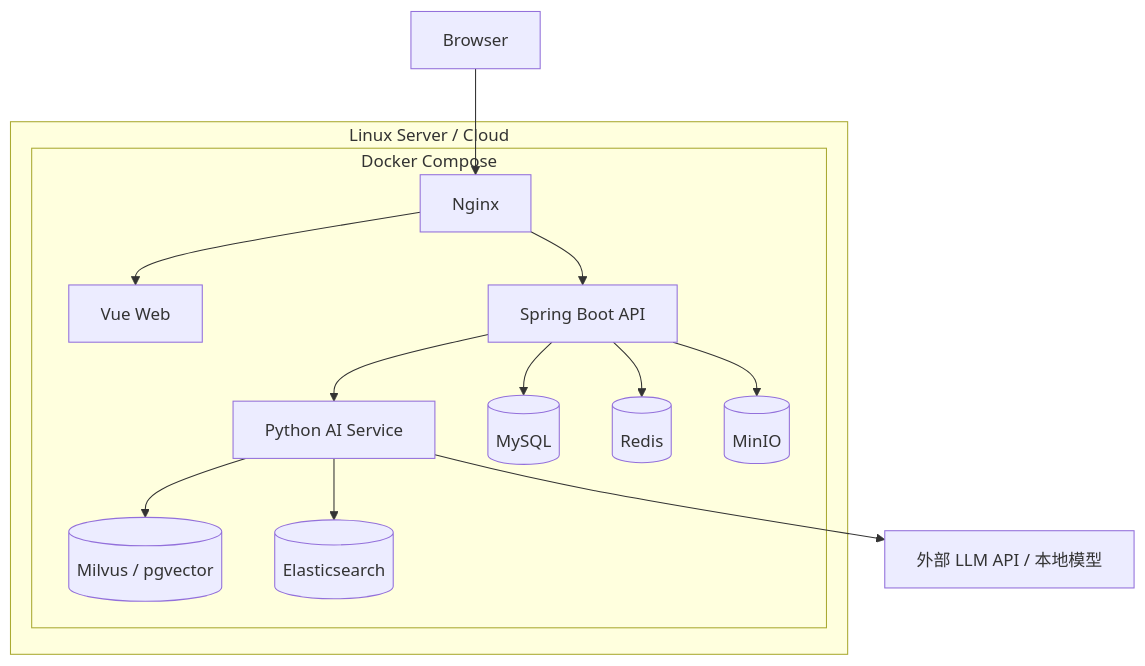
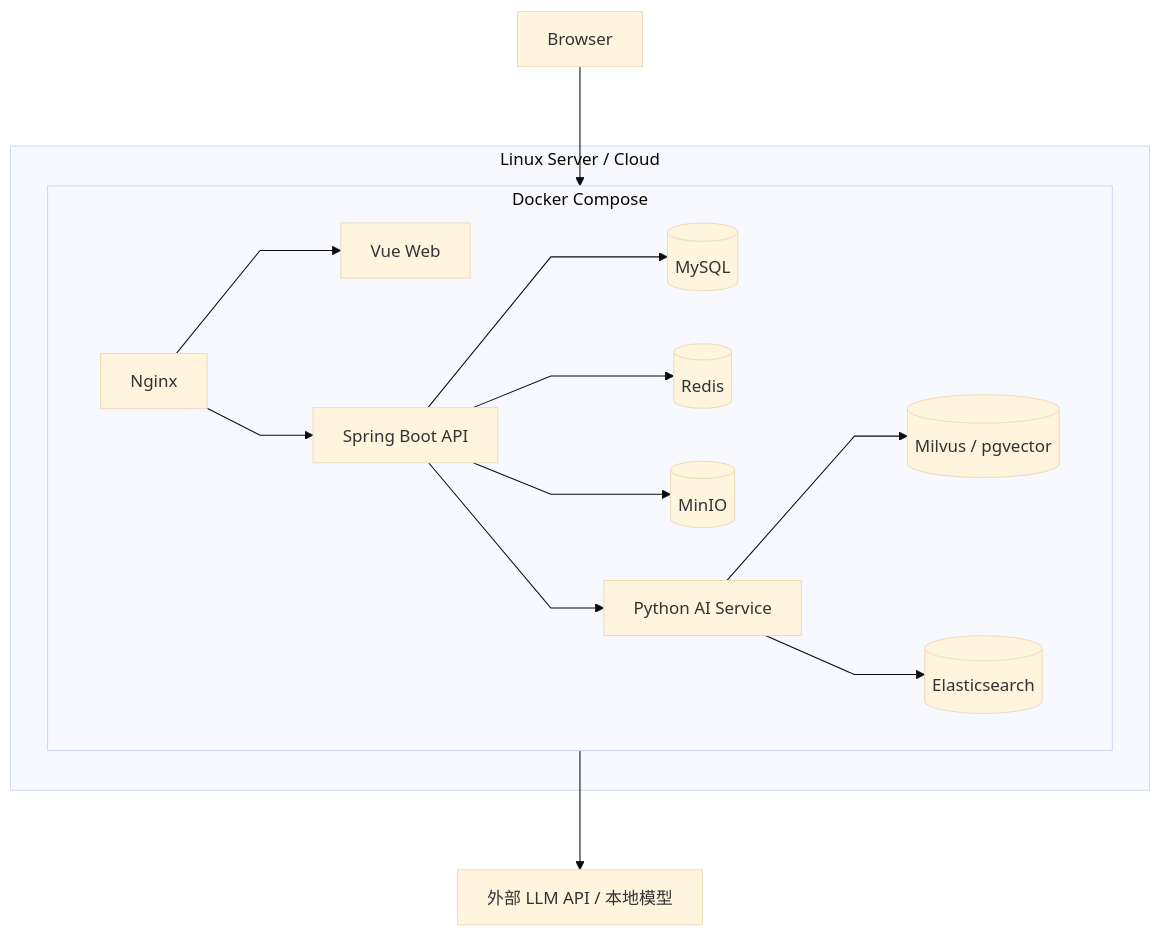
Diagram 17 of 22 in readme.md (YJsnz/Agent), drawn with Mermaid before and after one commit. The commit also changed other lines of this file, not shown here.

````diff
--- a/readme.md
+++ b/readme.md
@@ -1445,31 +1482,33 @@
 ```mermaid
+%%{init: {"theme":"base","themeVariables":{"fontFamily":"Microsoft YaHei, Arial, sans-serif"},"flowchart":{"curve":"linear","nodeSpacing":50,"rankSpacing":75,"padding":14,"useMaxWidth":false}}}%%
 flowchart TB
     B["Browser"]
 
     subgraph SERVER["Linux Server / Cloud"]
         subgraph DOCKER["Docker Compose"]
+            direction LR
             N["Nginx"]
             FE["Vue Web"]
             API["Spring Boot API"]
             AIS["Python AI Service"]
             MYSQL[("MySQL")]
             REDIS[("Redis")]
             MINIO[("MinIO")]
             VECTOR[("Milvus / pgvector")]
             ES[("Elasticsearch")]
         end
     end
 
     EXT["外部 LLM API / 本地模型"]
 
     B --> N
     N --> FE
     N --> API
     API --> MYSQL
     API --> REDIS
     API --> MINIO
     API --> AIS
     AIS --> VECTOR
     AIS --> ES
     AIS --> EXT
 ```
````
